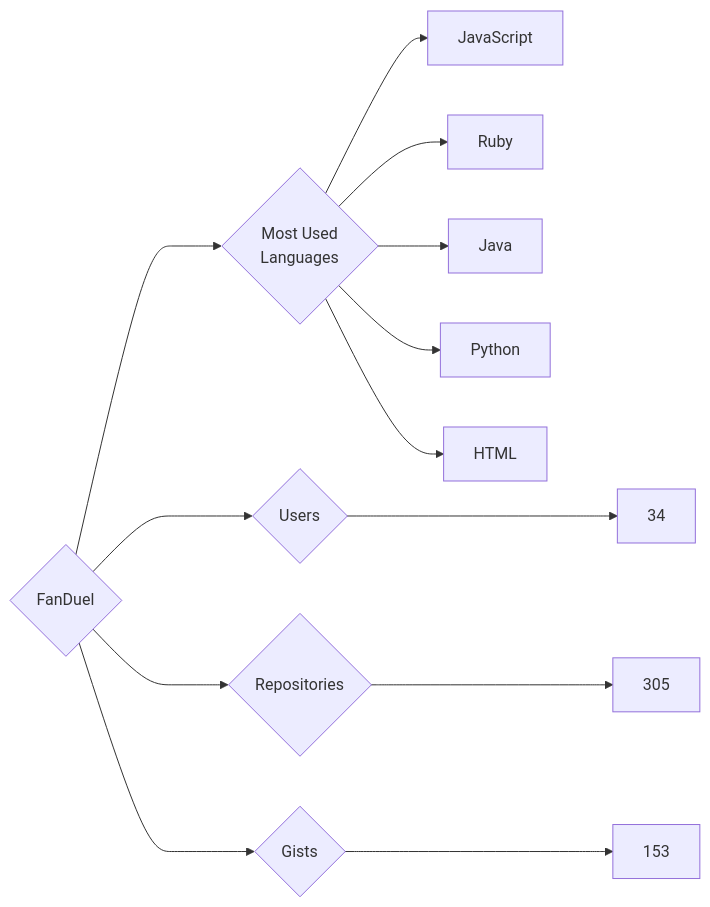
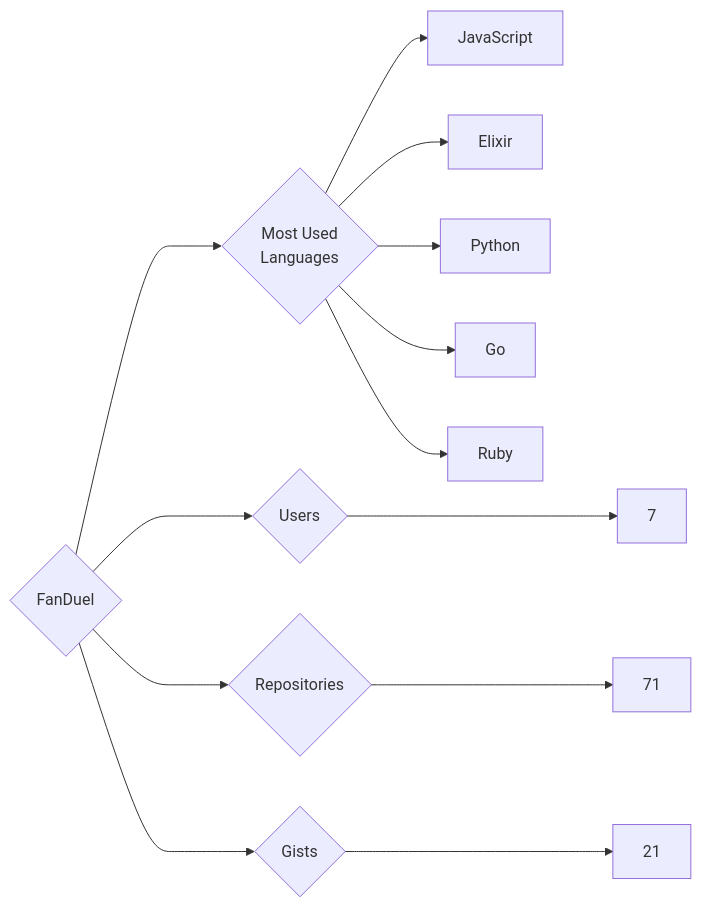
One commit to trickest/insiders changed the diagram in targets/FanDuel/README.md. Above: the diagram before and after it, drawn with Mermaid. The commit also changed 688 other files, not shown here.

````diff
--- a/targets/FanDuel/README.md
+++ b/targets/FanDuel/README.md
@@ -3,13 +3,13 @@
 ```mermaid
 graph LR
 COMPANY_NAME{FanDuel}
-COMPANY_NAME ---> U{Users} ---> UN[34]
-COMPANY_NAME ---> R{Repositories} ---> RN[305]
-COMPANY_NAME ---> G{Gists} ---> GN[153]
+COMPANY_NAME ---> U{Users} ---> UN[7]
+COMPANY_NAME ---> R{Repositories} ---> RN[71]
+COMPANY_NAME ---> G{Gists} ---> GN[21]
 COMPANY_NAME ---> ML{Most Used<br>Languages}
 ML --> JavaScript[JavaScript]
+ML --> Elixir[Elixir]
+ML --> Python[Python]
+ML --> Go[Go]
 ML --> Ruby[Ruby]
-ML --> Java[Java]
-ML --> Python[Python]
-ML --> HTML[HTML]
 ```
````
